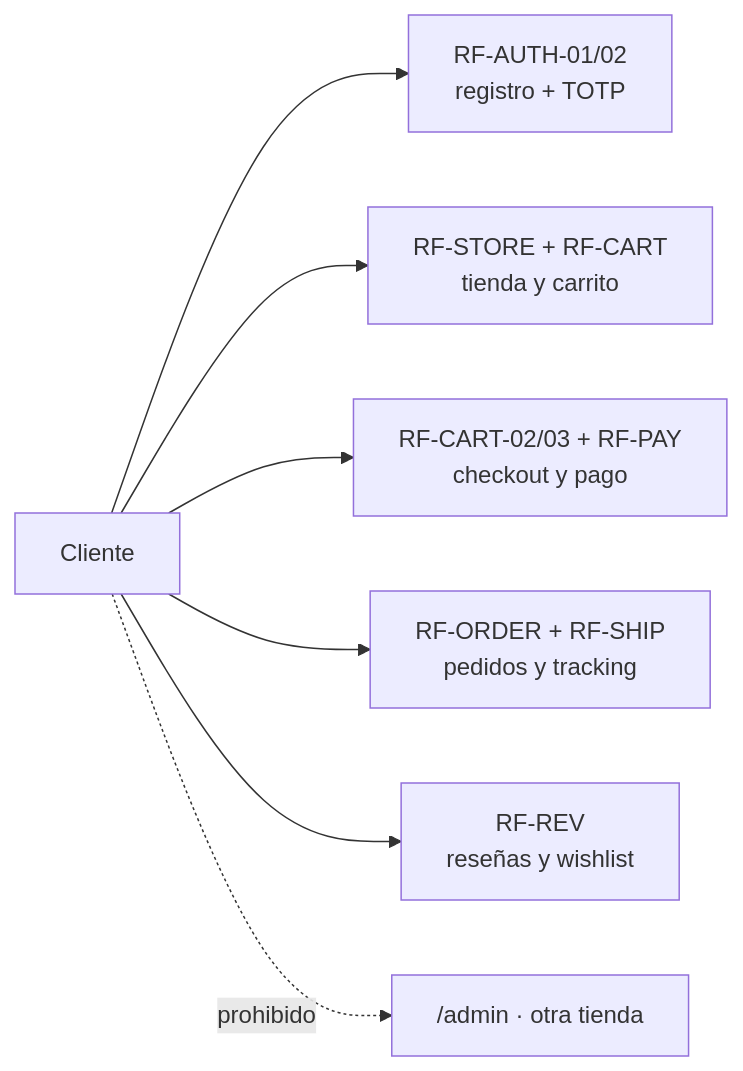
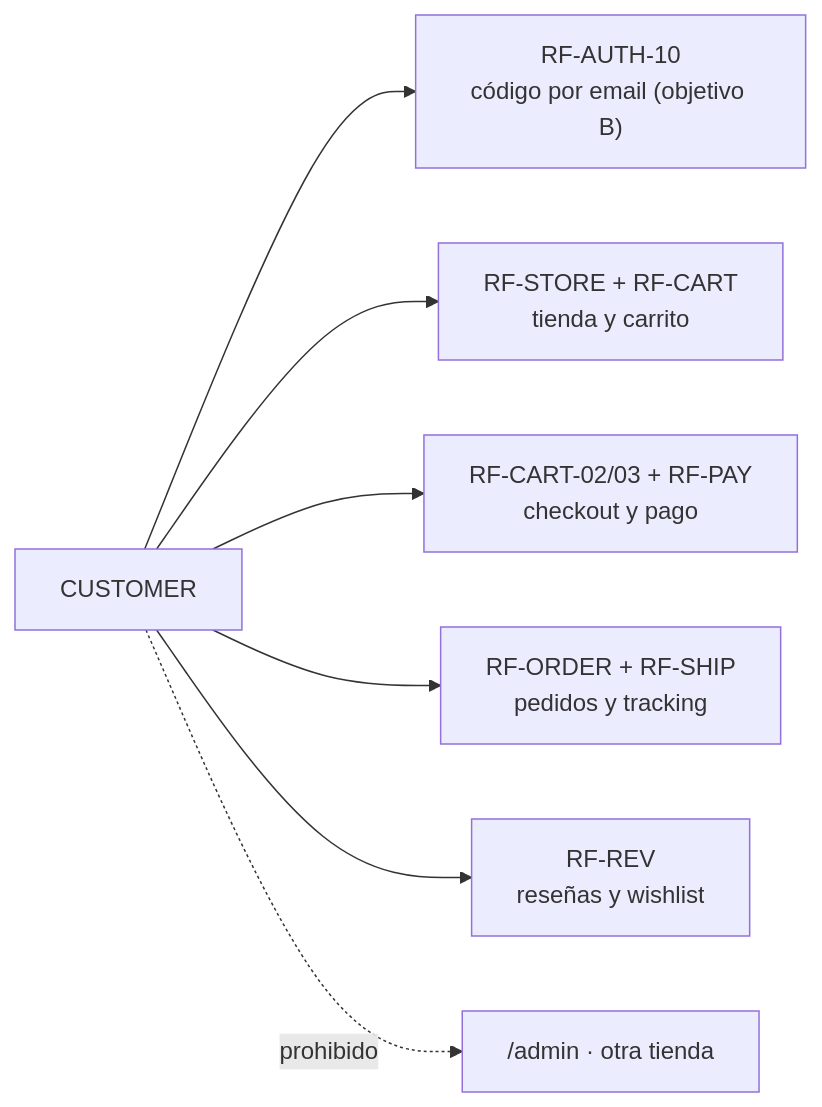
The third of 3 diagrams in diagramas/02-casos-de-uso.md (LeandroPacsiM/shopify-backend), drawn with Mermaid before and after one commit. The commit also changed other lines of this file and 21 other files, not shown here.

First line of the commit message:
F0: terminologia canonica ADR-016 en docs y diagramas

````diff
--- a/diagramas/02-casos-de-uso.md
+++ b/diagramas/02-casos-de-uso.md
@@ -27,9 +28,9 @@
 ```mermaid
 flowchart LR
-    CLI["Cliente"] --> C1["RF-AUTH-01/02<br/>registro + TOTP"]
+    CLI["CUSTOMER"] --> C1["RF-AUTH-10<br/>código por email (objetivo B)"]
     CLI --> C2["RF-STORE + RF-CART<br/>tienda y carrito"]
     CLI --> C3["RF-CART-02/03 + RF-PAY<br/>checkout y pago"]
     CLI --> C4["RF-ORDER + RF-SHIP<br/>pedidos y tracking"]
     CLI --> C5["RF-REV<br/>reseñas y wishlist"]
     CLI -.->|prohibido| Z["/admin · otra tienda"]
 ```
````
